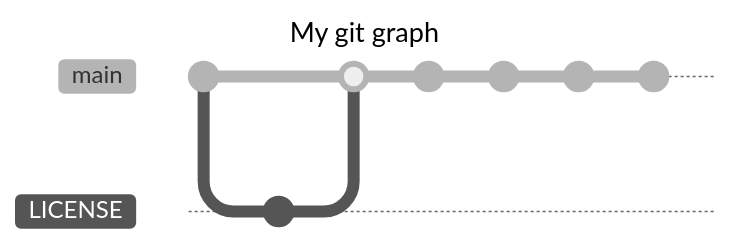
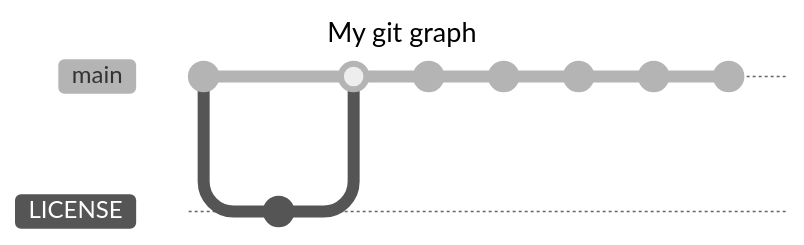
The second of 2 diagrams in readme.md (Cooperzilla/Macro-Language), drawn with Mermaid (neutral theme) before and after one commit. The commit also changed 3 other files, not shown here. Commit ids are hidden.

````diff
--- a/readme.md
+++ b/readme.md
@@ -290,15 +290,16 @@
 ```mermaid
 ---
 title: My git graph
 ---
 gitGraph
     commit
     branch LICENSE
     commit
     checkout main
     merge LICENSE
     commit
     commit
     commit
     commit
+    commit
 ```
````
